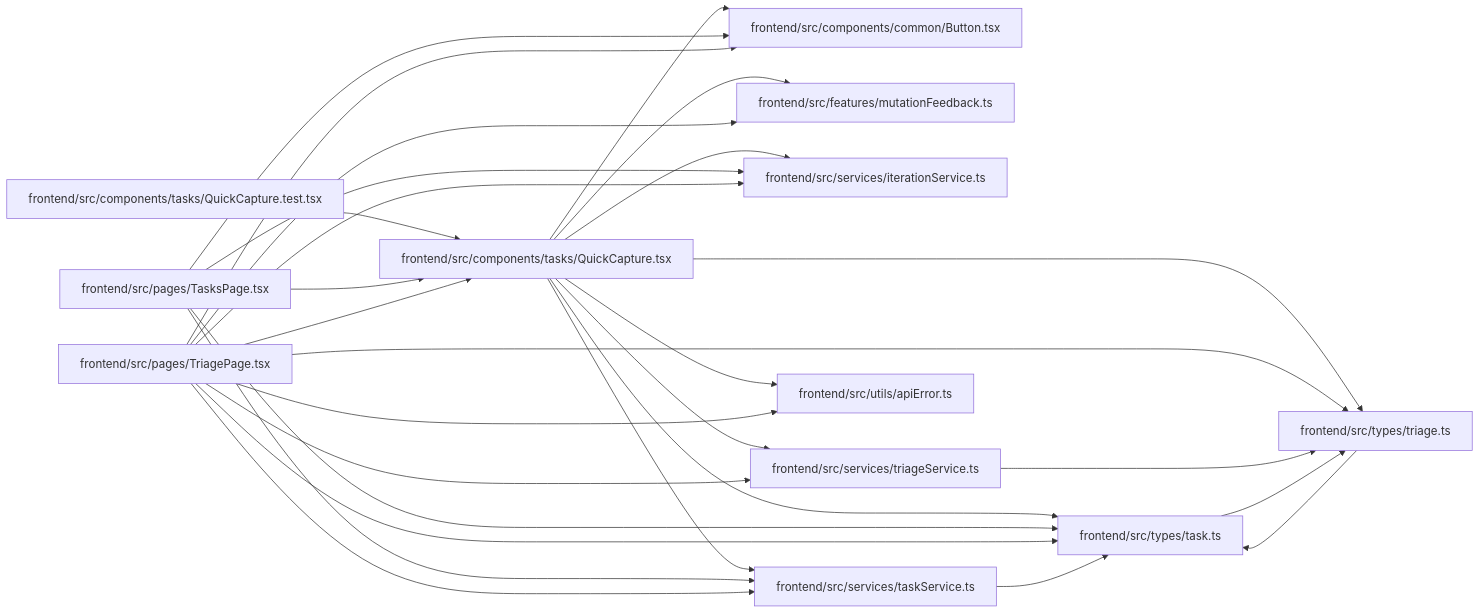
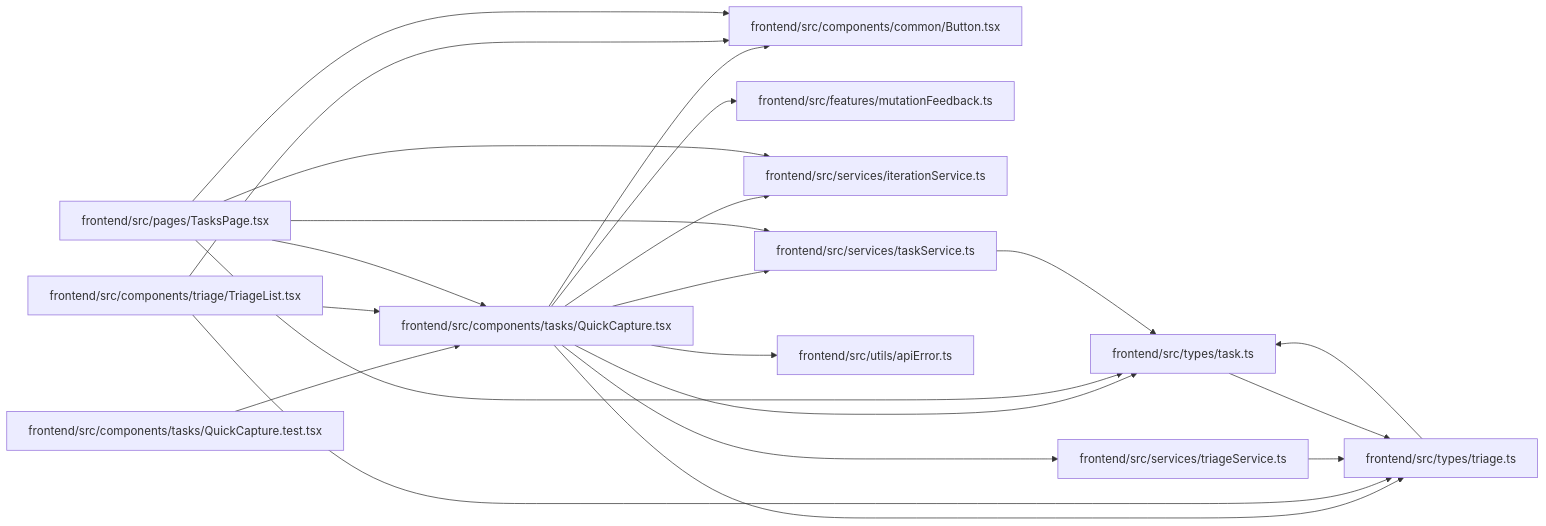
One commit to Denissvgn/WorkChord changed the diagram in docs/llm_wiki/modules/QuickCapture.md. Above: the diagram before and after it, drawn with Mermaid. The commit also changed other lines of this file and 2373 other files, not shown here.

````diff
--- a/docs/llm_wiki/modules/QuickCapture.md
+++ b/docs/llm_wiki/modules/QuickCapture.md
@@ -39,54 +40,48 @@
 ```mermaid
 flowchart LR
     n0["frontend/src/components/common/Button.tsx"]
     n1["frontend/src/components/tasks/QuickCapture.test.tsx"]
     n2["frontend/src/components/tasks/QuickCapture.tsx"]
-    n3["frontend/src/features/mutationFeedback.ts"]
-    n4["frontend/src/pages/TasksPage.tsx"]
-    n5["frontend/src/pages/TriagePage.tsx"]
+    n3["frontend/src/components/triage/TriageList.tsx"]
+    n4["frontend/src/features/mutationFeedback.ts"]
+    n5["frontend/src/pages/TasksPage.tsx"]
     n6["frontend/src/services/iterationService.ts"]
     n7["frontend/src/services/taskService.ts"]
     n8["frontend/src/services/triageService.ts"]
     n9["frontend/src/types/task.ts"]
     n10["frontend/src/types/triage.ts"]
     n11["frontend/src/utils/apiError.ts"]
     n1 --> n2
     n2 --> n0
-    n2 --> n3
+    n2 --> n4
     n2 --> n6
     n2 --> n7
     n2 --> n8
     n2 --> n9
     n2 --> n10
     n2 --> n11
-    n4 --> n0
-    n4 --> n2
-    n4 --> n6
-    n4 --> n7
-    n4 --> n9
+    n3 --> n0
+    n3 --> n2
+    n3 --> n10
     n5 --> n0
     n5 --> n2
-    n5 --> n3
     n5 --> n6
     n5 --> n7
-    n5 --> n8
     n5 --> n9
-    n5 --> n10
-    n5 --> n11
     n7 --> n9
     n8 --> n10
     n9 --> n10
     n10 --> n9
     click n0 "../modules/Button.md"
     click n1 "../modules/QuickCapture.test.md"
     click n2 "../modules/QuickCapture.md"
-    click n3 "../modules/mutationFeedback.md"
-    click n4 "../modules/TasksPage.md"
-    click n5 "../modules/TriagePage.md"
+    click n3 "../modules/TriageList.md"
+    click n4 "../modules/mutationFeedback.md"
+    click n5 "../modules/TasksPage.md"
     click n6 "../modules/iterationService.md"
     click n7 "../modules/taskService.md"
     click n8 "../modules/triageService.md"
     click n9 "../modules/types_task.md"
     click n10 "../modules/types_triage.md"
     click n11 "../modules/apiError.md"
 ```
````
